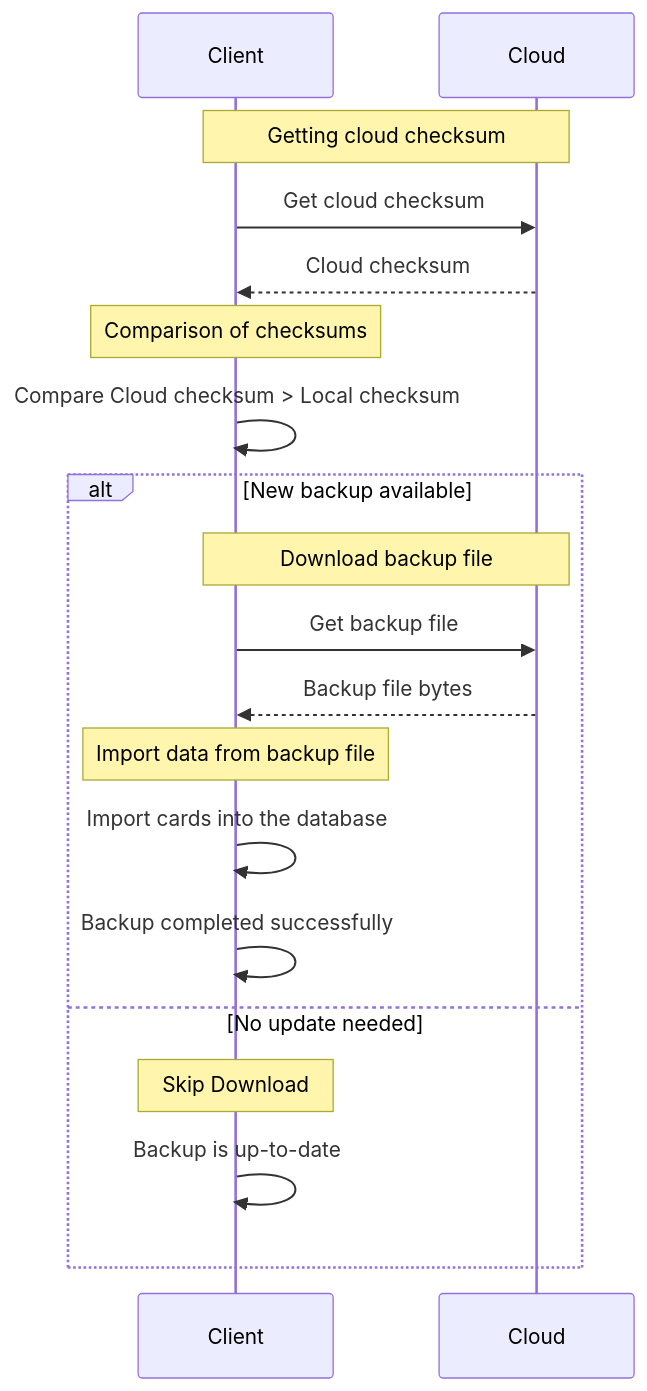
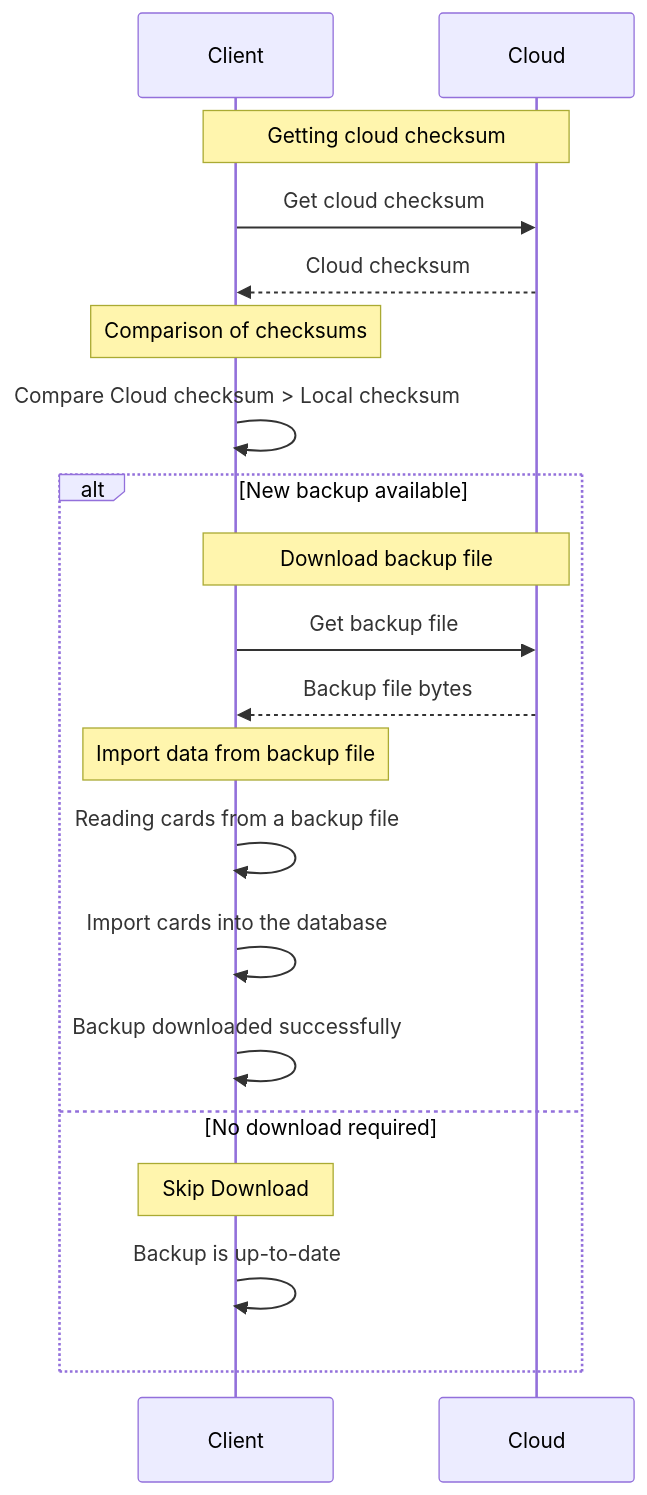
Before and after one commit to kitfist0/MyCardholder: the first of 2 diagrams in README.md, drawn with Mermaid. The commit also changed other lines of this file, not shown here.

Commit message:
Add backup upload logic to readme

````diff
--- a/README.md
+++ b/README.md
@@ -14,24 +16,26 @@
 ```mermaid
 sequenceDiagram
     participant Client
     participant Cloud
 
     Note over Client, Cloud: Getting cloud checksum
     Client->>Cloud: Get cloud checksum
     Cloud-->>Client: Cloud checksum
     
     Note over Client: Comparison of checksums
     Client->>Client: Compare Cloud checksum > Local checksum
     alt New backup available
         Note over Client, Cloud: Download backup file
         Client->>Cloud: Get backup file
         Cloud-->>Client: Backup file bytes
         
         Note over Client: Import data from backup file
+        Client->>Client: Reading cards from a backup file
         Client->>Client: Import cards into the database
-        Client->>Client: Backup completed successfully
-    else No update needed
+
+        Client->>Client: Backup downloaded successfully
+    else No download required
         Note over Client: Skip Download
         Client->>Client: Backup is up-to-date
     end
 ```
````
